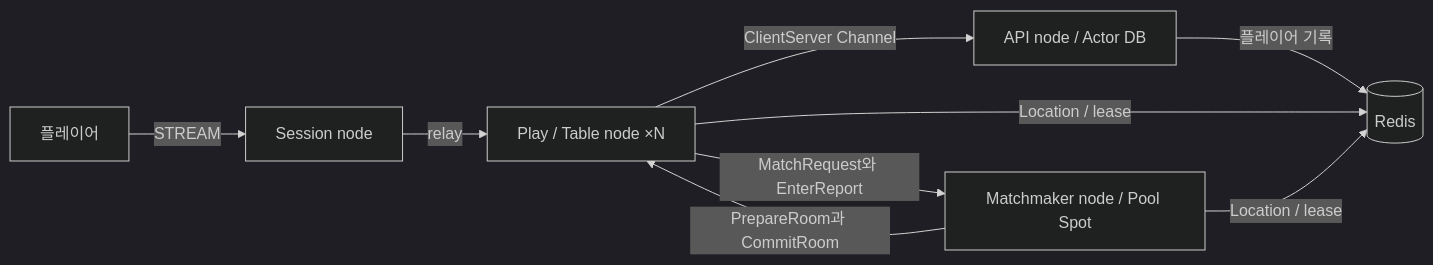
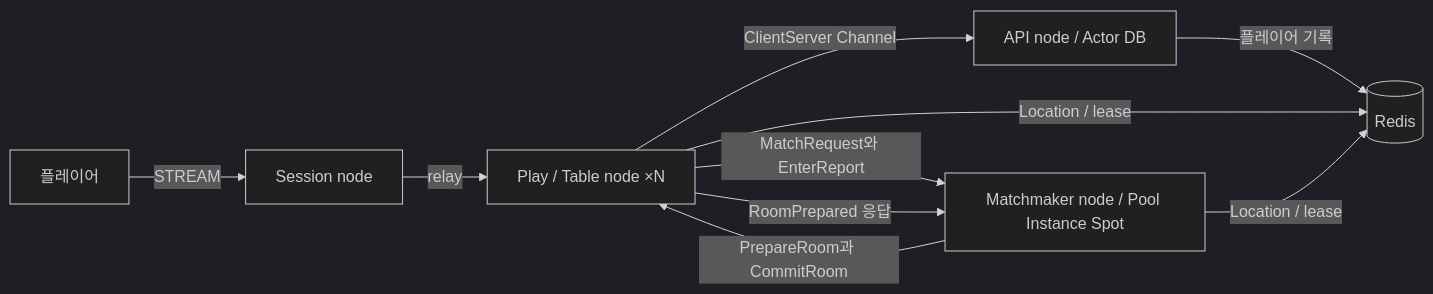
The diagram in framework/languages/node/templates/board-tables/my-game/README.ko.md (zlink-systems/zlink), drawn with Mermaid (dark theme) before and after one commit. The commit also changed other lines of this file and 12 other files, not shown here.

Commit message:
feat(templates): Node board Pool을 Instance Spot으로, 방 준비 응답을 turn 밖에서 받아 RoomPrepared 메시지로 처리 (#5350)

````diff
--- a/framework/languages/node/templates/board-tables/my-game/README.ko.md
+++ b/framework/languages/node/templates/board-tables/my-game/README.ko.md
@@ -7,11 +7,12 @@
 ```mermaid
 flowchart LR
     players[플레이어] -->|STREAM| session[Session node]
     session -->|relay| table[Play / Table node ×N]
-    table -->|MatchRequest와 EnterReport| matchmaker[Matchmaker node / Pool Spot]
+    table -->|MatchRequest와 EnterReport| matchmaker[Matchmaker node / Pool Instance Spot]
     matchmaker -->|PrepareRoom과 CommitRoom| table
+    table -->|RoomPrepared 응답| matchmaker
     table -->|ClientServer Channel| api[API node / Actor DB]
     api -->|플레이어 기록| location[(Redis)]
     table -->|Location / lease| location
     matchmaker -->|Location / lease| location
 ```
````
